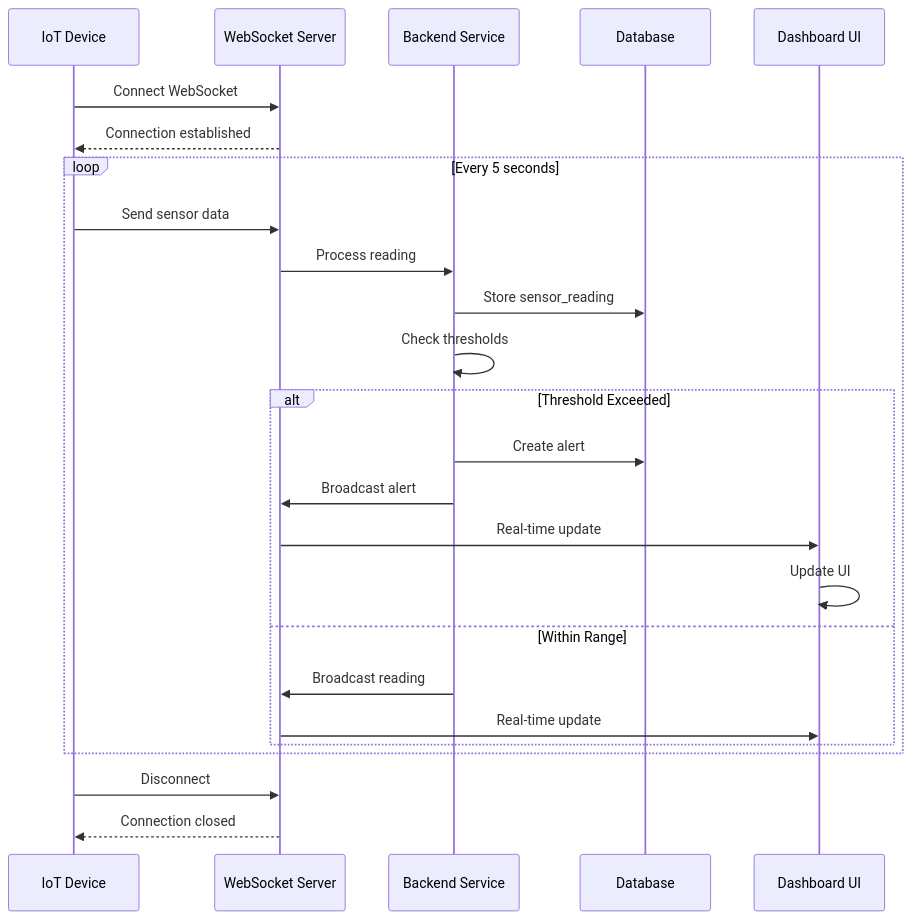
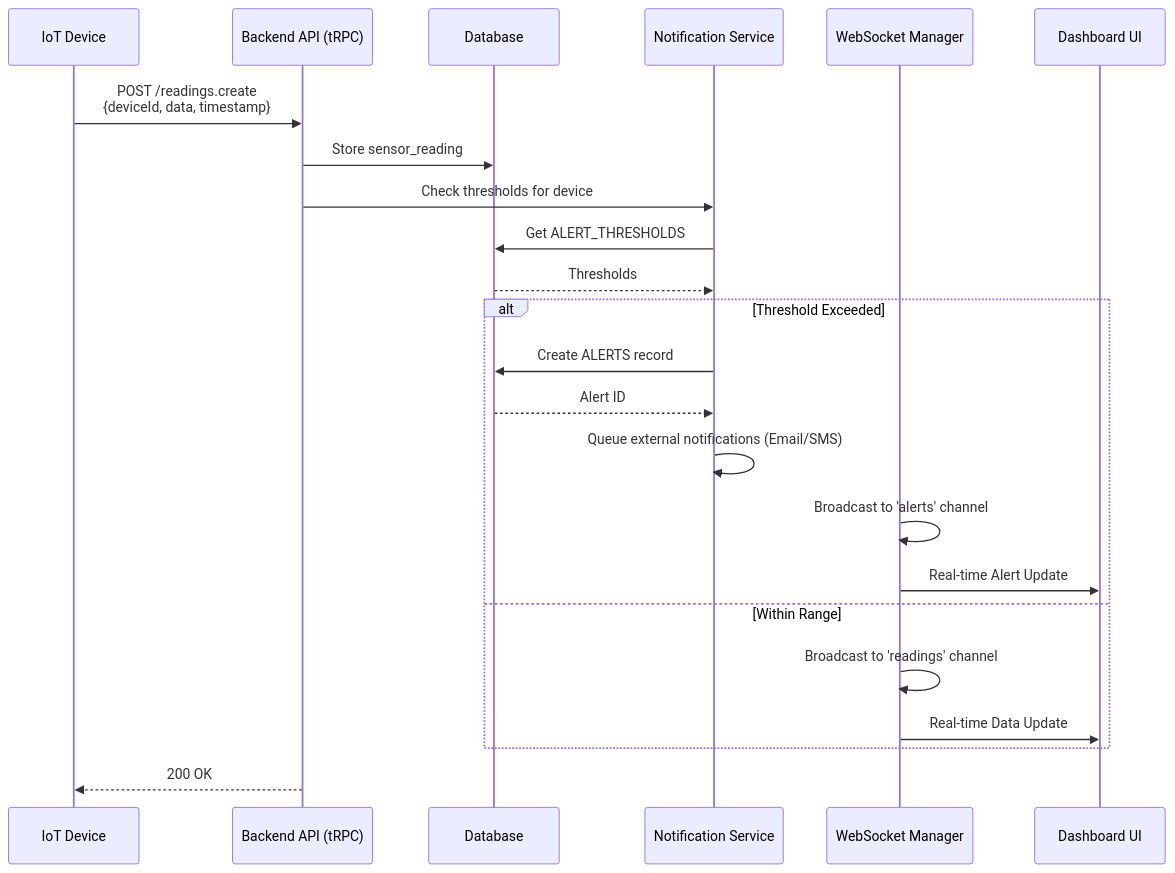
One commit to DruHustle/smart-factory-iot changed the second of 5 diagrams in docs/api-flows.md. Above: the diagram before and after it, drawn with Mermaid. The commit also changed other lines of this file and 7 other files, not shown here.

````diff
--- a/docs/api-flows.md
+++ b/docs/api-flows.md
@@ -31,31 +46,29 @@
 ```mermaid
 sequenceDiagram
     participant Device as IoT Device
-    participant WS as WebSocket Server
-    participant Backend as Backend Service
+    participant API as Backend API (tRPC)
     participant DB as Database
+    participant Notif as Notification Service
+    participant WS as WebSocket Manager
     participant Dashboard as Dashboard UI
     
-    Device->>WS: Connect WebSocket
-    WS-->>Device: Connection established
+    Device->>API: POST /readings.create<br/>{deviceId, data, timestamp}
+    API->>DB: Store sensor_reading
     
-    loop Every 5 seconds
-        Device->>WS: Send sensor data
-        WS->>Backend: Process reading
-        Backend->>DB: Store sensor_reading
-        Backend->>Backend: Check thresholds
-        
-        alt Threshold Exceeded
-            Backend->>DB: Create alert
-            Backend->>WS: Broadcast alert
-            WS->>Dashboard: Real-time update
-            Dashboard->>Dashboard: Update UI
-        else Within Range
-            Backend->>WS: Broadcast reading
-            WS->>Dashboard: Real-time update
-        end
+    API->>Notif: Check thresholds for device
+    Notif->>DB: Get ALERT_THRESHOLDS
+    DB-->>Notif: Thresholds
+    
+    alt Threshold Exceeded
+        Notif->>DB: Create ALERTS record
+        DB-->>Notif: Alert ID
+        Notif->>Notif: Queue external notifications (Email/SMS)
+        WS->>WS: Broadcast to 'alerts' channel
+        WS->>Dashboard: Real-time Alert Update
+    else Within Range
+        WS->>WS: Broadcast to 'readings' channel
+        WS->>Dashboard: Real-time Data Update
     end
     
-    Device->>WS: Disconnect
-    WS-->>Device: Connection closed
+    API-->>Device: 200 OK
 ```
````
